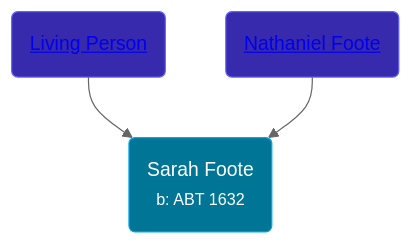
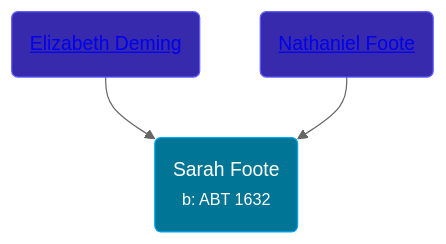
The diagram in pages/people/4/45286224.md (wpmgotkh/wpmgotkh.github.io), drawn with Mermaid (neutral theme) before and after one commit. The commit also changed other lines of this file and 586 other files, not shown here.

Commit message:
feat: better shouldConsiderPersonLiving algo

````diff
--- a/pages/people/4/45286224.md
+++ b/pages/people/4/45286224.md
@@ -10,9 +10,9 @@
 ```mermaid
 graph
 classDef grands fill:#193cb8,stroke:#2b7fff,stroke-width:1px,color:#fff;
 classDef parents fill:#372aac,stroke:#615fff,stroke-width:1px,color:#fff;
 classDef primary fill:#007595,stroke:#00a6f4,stroke-width:1px,color:#fff;
 45286224(Sarah Foote<br /><small>b: ABT 1632</small>):::primary
-77201280(<a class="text-white" href="/people/7/77201280">Living Person</a>):::parents-->45286224
+77201280(<a class="text-white" href="/people/7/77201280">Elizabeth Deming</a>):::parents-->45286224
 64098820(<a class="text-white" href="/people/6/64098820">Nathaniel Foote</a>):::parents-->45286224
 ```
````
